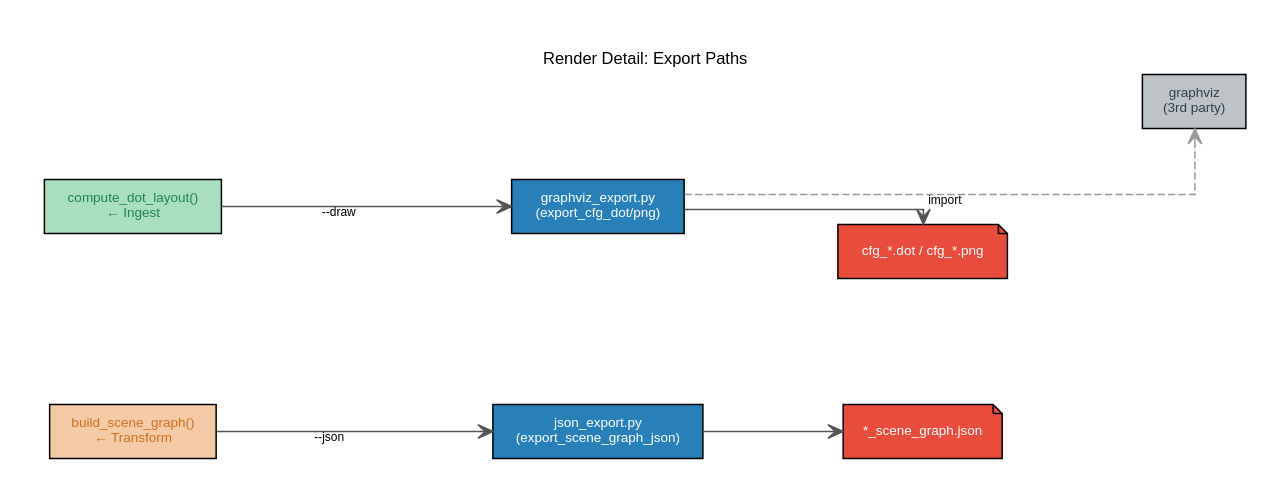
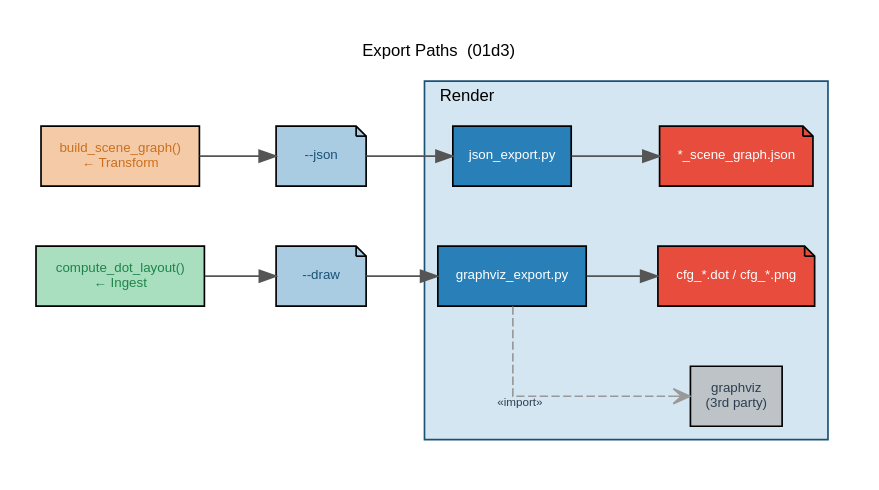
The diagram in docs/architecture/01_architecture_overview/01d_render_layer/dots/01d3_export.dot (BenHoule/LLVManim), drawn with Graphviz before and after one commit. The commit also changed 77 other files, not shown here.

First line of the commit message:
Add CLI dispatch architecture images

```diff
--- a/docs/architecture/01_architecture_overview/01d_render_layer/dots/01d3_export.dot
+++ b/docs/architecture/01_architecture_overview/01d_render_layer/dots/01d3_export.dot
@@ -1,54 +1,61 @@
-// Extracted subgraph: Export paths from 01d_render_layer
-// Two distinct export paths: JSON serialisation of SceneGraph, and
-// Graphviz DOT/PNG export of computed CFG layout.
-digraph export_paths {
+/**
+ * 01d3_export.dot  (subgraph)
+ *
+ * JSON and Graphviz export paths: writes SceneGraph to JSON and
+ * renders CFG control-flow graphs via graphviz.
+ *
+ * Render:
+ *   dot -Tpdf 01d3_export.dot -o ../01d3_export.pdf
+ */
+digraph export_detail {
     graph [
         rankdir  = LR
-        fontname = "Helvetica" fontsize = 11
-        label    = "Render Detail: Export Paths"
-        labelloc = "t"
+        fontname = "Helvetica" fontsize = 10
+        label    = "Export Paths  (01d3)"
+        labelloc = t
         splines  = ortho
-        nodesep  = 0.75
-        ranksep  = 1.25
-        pad      = 0.3
+        nodesep  = 0.5
+        ranksep  = 0.6
+        pad      = 0.2
         bgcolor  = "white"
-        size     = "10.5,7.0"
-        ratio    = compress
     ]
-    node [fontname="Helvetica" fontsize=9 style=filled shape=box margin="0.12,0.06"]
-    edge [fontname="Helvetica" fontsize=8 arrowhead=open color="#555555"]
+    node [fontname="Helvetica" fontsize=8 style=filled shape=box margin="0.08,0.04"]
+    edge [fontname="Helvetica" fontsize=7 arrowhead=normal color="#555555"]
 
+    /* ── Transform / Ingest stubs ───────────────────────────────── */
+    build_sg   [label="build_scene_graph()\n← Transform" fillcolor="#f5cba7" fontcolor="#ca6f1e"]
+    dot_layout [label="compute_dot_layout()\n← Ingest"   fillcolor="#a9dfbf" fontcolor="#1e8449"]
+
+    /* ── Flag data nodes ────────────────────────────────────────── */
+    json_flag [label="--json" fillcolor="#a9cce3" fontcolor="#1a5276" shape=note]
+    draw_flag [label="--draw" fillcolor="#a9cce3" fontcolor="#1a5276" shape=note]
+
+    /* ── Render cluster ─────────────────────────────────────────── */
     subgraph cluster_render {
 
-        label     = "Render  (llvmanim/render/)"
+        label     = "Render"
         style     = filled
         fillcolor = "#d4e6f1"
         color     = "#1a5276"
-        margin    = 10
+        margin    = 8
         labeljust = l
 
-        json_export [label="json_export.py\n(export_scene_graph_json)"
-                     fillcolor="#2980b9" fontcolor="white"]
-        gviz_export [label="graphviz_export.py\n(export_cfg_dot/png)"
-                     fillcolor="#2980b9" fontcolor="white"]
+        json_export [label="json_export.py"    fillcolor="#2980b9" fontcolor="white"]
+        gviz_export [label="graphviz_export.py" fillcolor="#2980b9" fontcolor="white"]
+        graphviz    [label="graphviz\n(3rd party)" fillcolor="#bdc3c7" fontcolor="#2c3e50"]
+        out_json    [label="*_scene_graph.json"    fillcolor="#e74c3c" fontcolor="white" shape=note]
+        out_dot     [label="cfg_*.dot / cfg_*.png" fillcolor="#e74c3c" fontcolor="white" shape=note]
+
+        gviz_export -> graphviz [style=dashed arrowhead=open xlabel="«import»" fontcolor="#2c3e50" color="#999999"]
+        json_export -> out_json [weight=10]
+        gviz_export -> out_dot  [weight=10]
     }
 
-    graphviz [label="graphviz\n(3rd party)" fillcolor="#bdc3c7" fontcolor="#2c3e50"]
+    /* ── JSON path ──────────────────────────────────────────────── */
+    build_sg  -> json_flag   [weight=10]
+    json_flag -> json_export [weight=10]
 
-    build_sg    [label="build_scene_graph()\n← Transform" fillcolor="#f5cba7" fontcolor="#ca6f1e"]
-    dot_layout  [label="compute_dot_layout()\n← Ingest"   fillcolor="#a9dfbf" fontcolor="#1e8449"]
-
-    out_json [label="*_scene_graph.json"    fillcolor="#e74c3c" fontcolor="white" shape=note]
-    out_dot  [label="cfg_*.dot / cfg_*.png" fillcolor="#e74c3c" fontcolor="white" shape=note]
-
-    { rank=same; build_sg; dot_layout }
-    { rank=same; json_export; gviz_export }
-    { rank=same; out_json; out_dot }
-
-    build_sg    -> json_export [minlen=2 xlabel="--json"]
-    json_export -> out_json
-
-    dot_layout  -> gviz_export [minlen=2 xlabel="--draw"]
-    gviz_export -> out_dot
-    gviz_export -> graphviz [style=dashed minlen=2 xlabel="import" color="#999999"]
+    /* ── DOT/PNG path ───────────────────────────────────────────── */
+    dot_layout -> draw_flag   [weight=10]
+    draw_flag  -> gviz_export [weight=10]
 }
```
